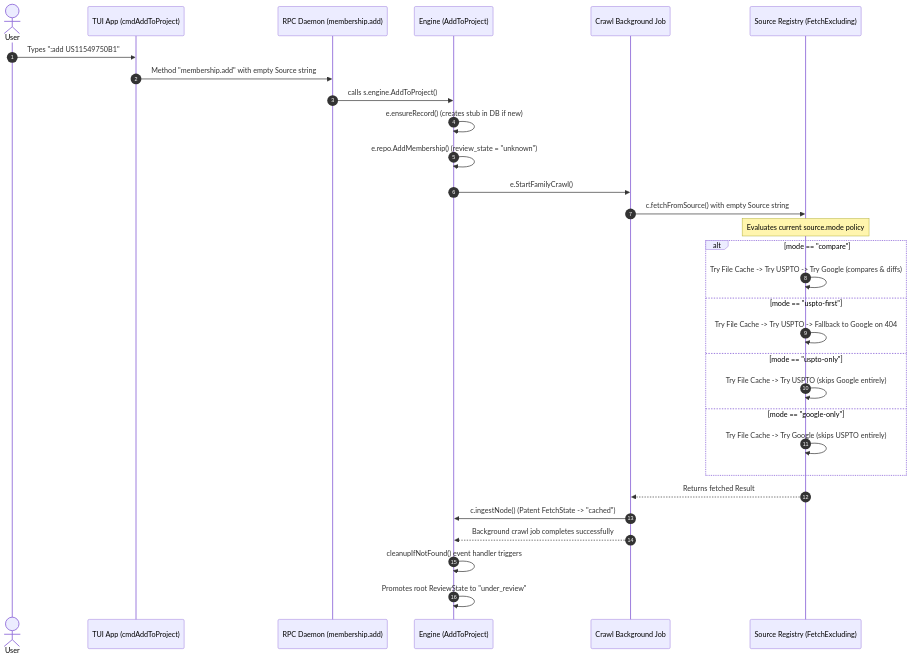
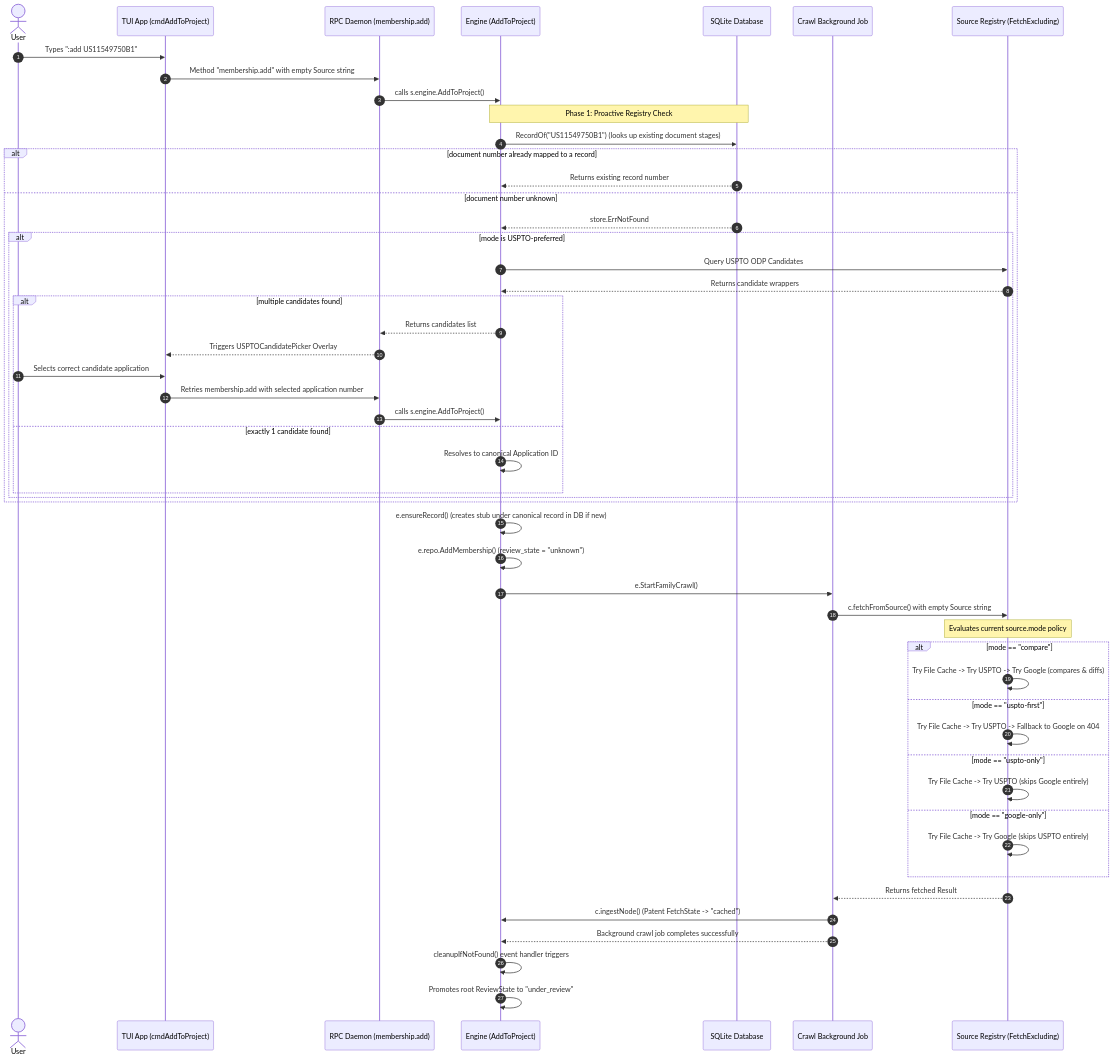
Before and after one commit to fjmalass/PatentMine: the diagram in TUI_ADD_FLOW.md, drawn with Mermaid. The commit also changed other lines of this file and 3 other files, not shown here.

Commit message:
loading: merge when using uspto-only application and granted

````diff
--- a/TUI_ADD_FLOW.md
+++ b/TUI_ADD_FLOW.md
@@ -5,36 +5,63 @@
 ```mermaid
 sequenceDiagram
     autonumber
     actor User
     participant TUI as TUI App (cmdAddToProject)
     participant RPC as RPC Daemon (membership.add)
     participant Engine as Engine (AddToProject)
+    participant DB as SQLite Database
     participant Crawl as Crawl Background Job
     participant Registry as Source Registry (FetchExcluding)
 
     User->>TUI: Types ":add US11549750B1"
     TUI->>RPC: Method "membership.add" with empty Source string
     RPC->>Engine: calls s.engine.AddToProject()
-    Engine->>Engine: e.ensureRecord() (creates stub in DB if new)
+    
+    %% Phase 1: Proactive Local Registry check
+    Note over Engine, DB: Phase 1: Proactive Registry Check
+    Engine->>DB: RecordOf("US11549750B1") (looks up existing document stages)
+    alt document number already mapped to a record
+        DB-->>Engine: Returns existing record number
+    else document number unknown
+        DB-->>Engine: store.ErrNotFound
+        
+        %% Phase 2: ODP Candidate Resolution
+        alt mode is USPTO-preferred
+            Engine->>Registry: Query USPTO ODP Candidates
+            Registry-->>Engine: Returns candidate wrappers
+            alt multiple candidates found
+                Engine-->>RPC: Returns candidates list
+                RPC-->>TUI: Triggers USPTOCandidatePicker Overlay
+                User->>TUI: Selects correct candidate application
+                TUI->>RPC: Retries membership.add with selected application number
+                RPC->>Engine: calls s.engine.AddToProject()
+            else exactly 1 candidate found
+                Engine->>Engine: Resolves to canonical Application ID
+            end
+        end
+    end
+
+    %% Phase 3: Ingestion & Crawl
+    Engine->>Engine: e.ensureRecord() (creates stub under canonical record in DB if new)
     Engine->>Engine: e.repo.AddMembership() (review_state = "unknown")
     Engine->>Crawl: e.StartFamilyCrawl()
     Crawl->>Registry: c.fetchFromSource() with empty Source string
     
     note over Registry: Evaluates current source.mode policy
     
     alt mode == "compare"
         Registry->>Registry: Try File Cache -> Try USPTO -> Try Google (compares & diffs)
     else mode == "uspto-first"
         Registry->>Registry: Try File Cache -> Try USPTO -> Fallback to Google on 404
     else mode == "uspto-only"
         Registry->>Registry: Try File Cache -> Try USPTO (skips Google entirely)
     else mode == "google-only"
         Registry->>Registry: Try File Cache -> Try Google (skips USPTO entirely)
     end
 
     Registry-->>Crawl: Returns fetched Result
     Crawl->>Engine: c.ingestNode() (Patent FetchState -> "cached")
     Crawl-->>Engine: Background crawl job completes successfully
     Engine->>Engine: cleanupIfNotFound() event handler triggers
     Engine->>Engine: Promotes root ReviewState to "under_review"
 ```
````
